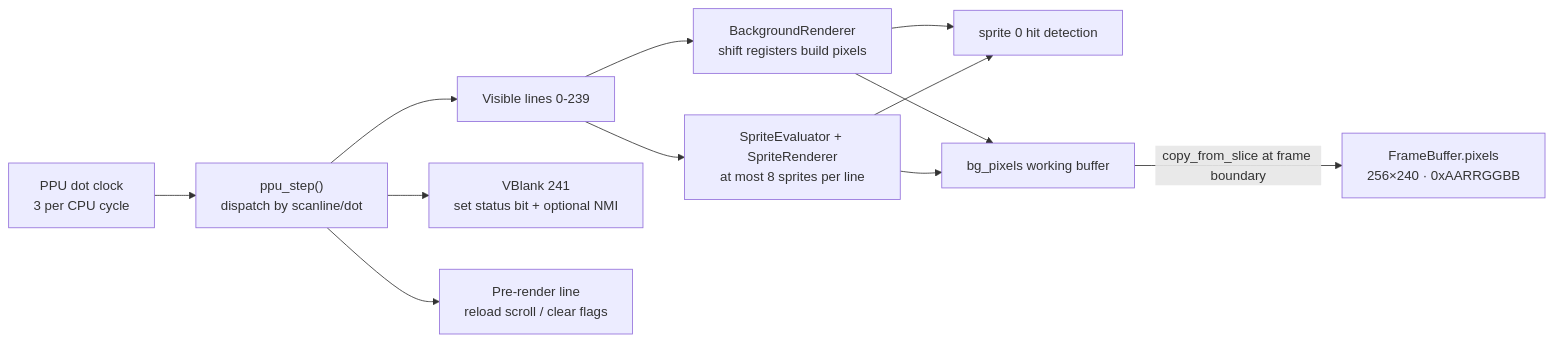
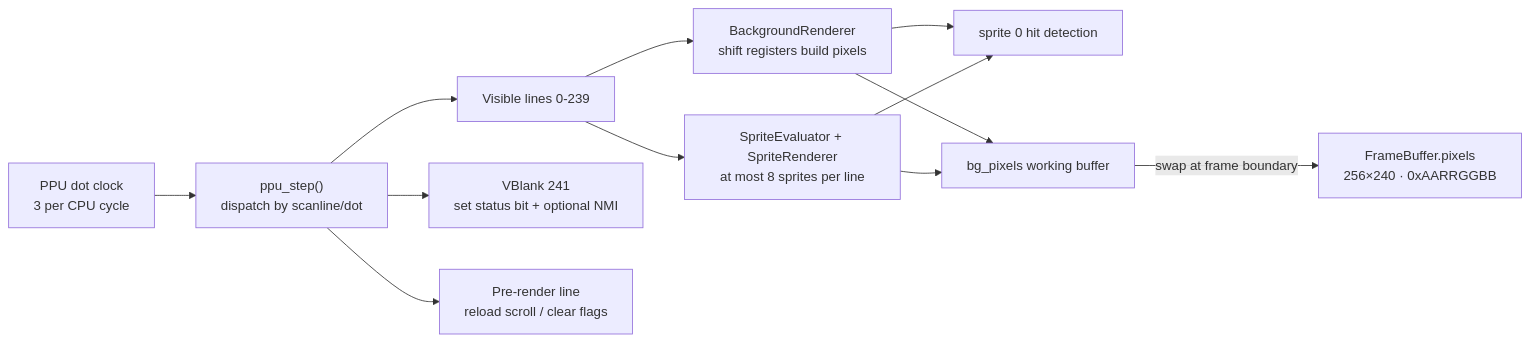
One commit to YufJi/nes-emulator changed the fifth of 13 diagrams in docs/architecture.md. Above: the diagram before and after it, drawn with Mermaid. The commit also changed other lines of this file and 6 other files, not shown here.

````diff
--- a/docs/architecture.md
+++ b/docs/architecture.md
@@ -335,15 +335,15 @@
 ```mermaid
 flowchart LR
     Dot["PPU dot clock<br/>3 per CPU cycle"] --> Step["ppu_step()<br/>dispatch by scanline/dot"]
     Step --> Visible["Visible lines 0-239"]
     Step --> Vblank["VBlank 241<br/>set status bit + optional NMI"]
     Step --> Pre["Pre-render line<br/>reload scroll / clear flags"]
 
     Visible --> BG["BackgroundRenderer<br/>shift registers build pixels"]
     Visible --> Sprites["SpriteEvaluator + SpriteRenderer<br/>at most 8 sprites per line"]
     BG --> Hit["sprite 0 hit detection"]
     Sprites --> Hit
     BG --> Buf["bg_pixels working buffer"]
     Sprites --> Buf
-    Buf -->|copy_from_slice at frame boundary| Fb["FrameBuffer.pixels<br/>256×240 · 0xAARRGGBB"]
+    Buf -->|swap at frame boundary| Fb["FrameBuffer.pixels<br/>256×240 · 0xAARRGGBB"]
 ```
````
